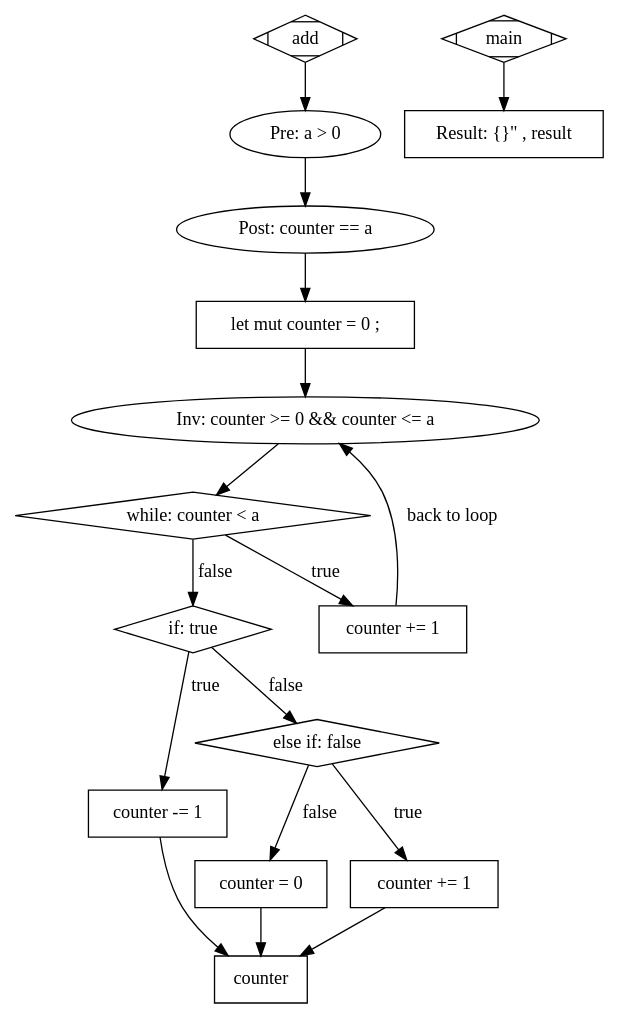
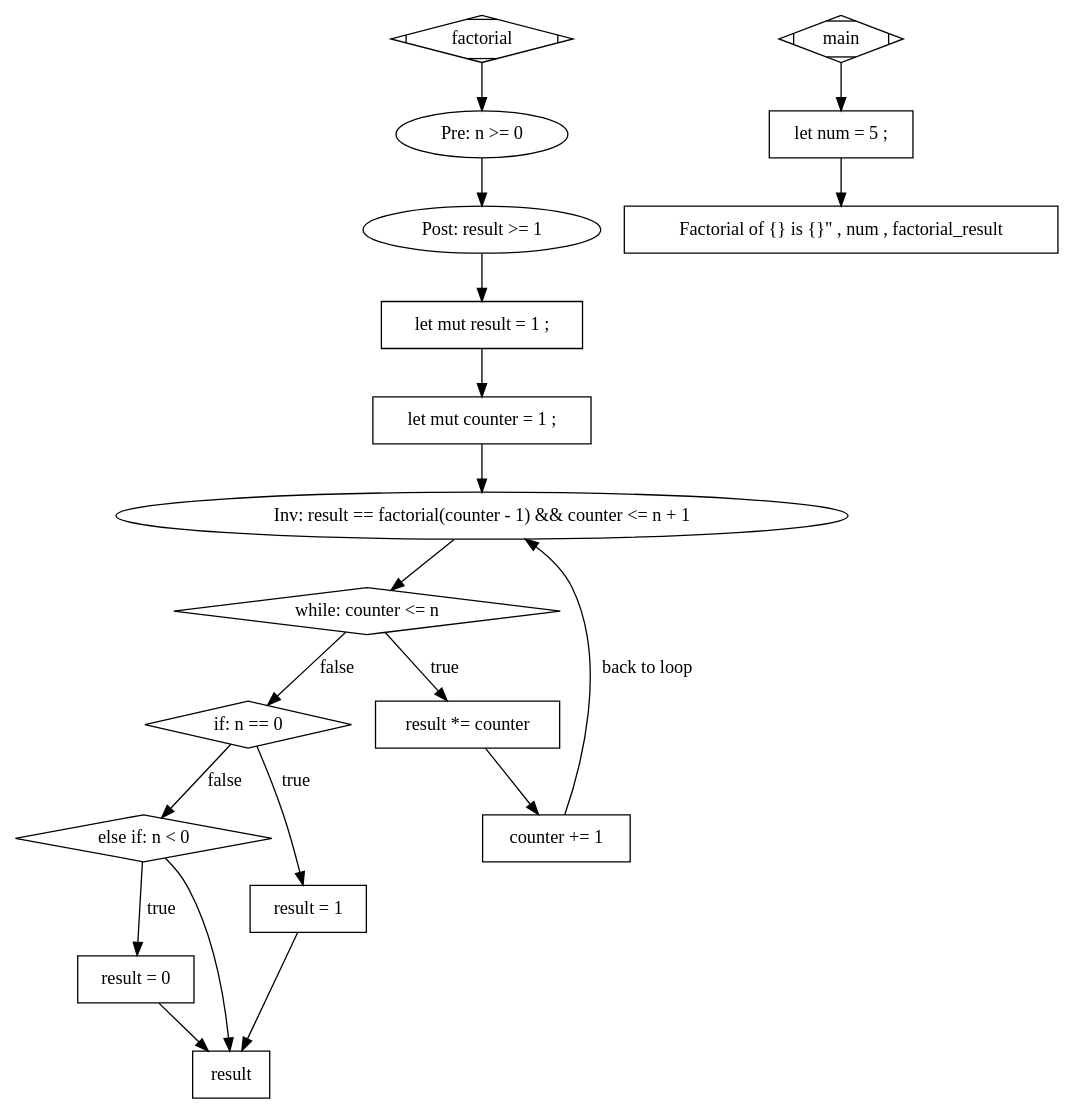
The diagram in src/graphs/simple.dot (vasilevlaicu/secured-rust), drawn with Graphviz before and after one commit. The commit also changed 1 other file, not shown here.

```diff
--- a/src/graphs/simple.dot
+++ b/src/graphs/simple.dot
@@ -1,33 +1,37 @@
 digraph G {
-0 [label="add", shape=Mdiamond]
-1 [label="Pre: a > 0", shape=ellipse]
-2 [label="Post: counter == a", shape=ellipse]
-3 [label="let mut counter = 0 ;", shape=box]
-4 [label="Inv: counter >= 0 && counter <= a", shape=ellipse]
-5 [label="while: counter < a", shape=diamond]
-6 [label="counter += 1", shape=box]
-7 [label="counter", shape=box]
-8 [label="if: true", shape=diamond]
-9 [label="counter -= 1", shape=box]
-10 [label="main", shape=Mdiamond]
-11 [label="else if: false", shape=diamond]
-12 [label="counter += 1", shape=box]
-13 [label="Result: {}\" , result", shape=box]
-14 [label="counter = 0", shape=box]
+0 [label="factorial", shape=Mdiamond]
+1 [label="Pre: n >= 0", shape=ellipse]
+2 [label="Post: result >= 1", shape=ellipse]
+3 [label="let mut result = 1 ;", shape=box]
+4 [label="let mut counter = 1 ;", shape=box]
+5 [label="Inv: result == factorial(counter - 1) && counter <= n + 1", shape=ellipse]
+6 [label="while: counter <= n", shape=diamond]
+7 [label="result *= counter", shape=box]
+8 [label="counter += 1", shape=box]
+9 [label="main", shape=Mdiamond]
+10 [label="if: n == 0", shape=diamond]
+11 [label="result = 1", shape=box]
+12 [label="let num = 5 ;", shape=box]
+13 [label="else if: n < 0", shape=diamond]
+14 [label="result = 0", shape=box]
+15 [label="Factorial of {} is {}\" , num , factorial_result", shape=box]
+16 [label="result", shape=box]
 0 -> 1 [label=""];
 1 -> 2 [label=""];
 2 -> 3 [label=""];
 3 -> 4 [label=""];
 4 -> 5 [label=""];
-5 -> 6 [label="true"];
-6 -> 4 [label="back to loop"];
-14 -> 7 [label=""];
-5 -> 8 [label="false"];
-8 -> 9 [label="true"];
-9 -> 7 [label=""];
-8 -> 11 [label="false"];
-11 -> 12 [label="true"];
-10 -> 13 [label=""];
-11 -> 14 [label="false"];
-12 -> 7 [label=""];
+5 -> 6 [label=""];
+6 -> 7 [label="true"];
+7 -> 8 [label=""];
+8 -> 5 [label="back to loop"];
+11 -> 16 [label=""];
+6 -> 10 [label="false"];
+10 -> 11 [label="true"];
+9 -> 12 [label=""];
+10 -> 13 [label="false"];
+13 -> 14 [label="true"];
+12 -> 15 [label=""];
+14 -> 16 [label=""];
+13 -> 16 [label=""];
 }
```
